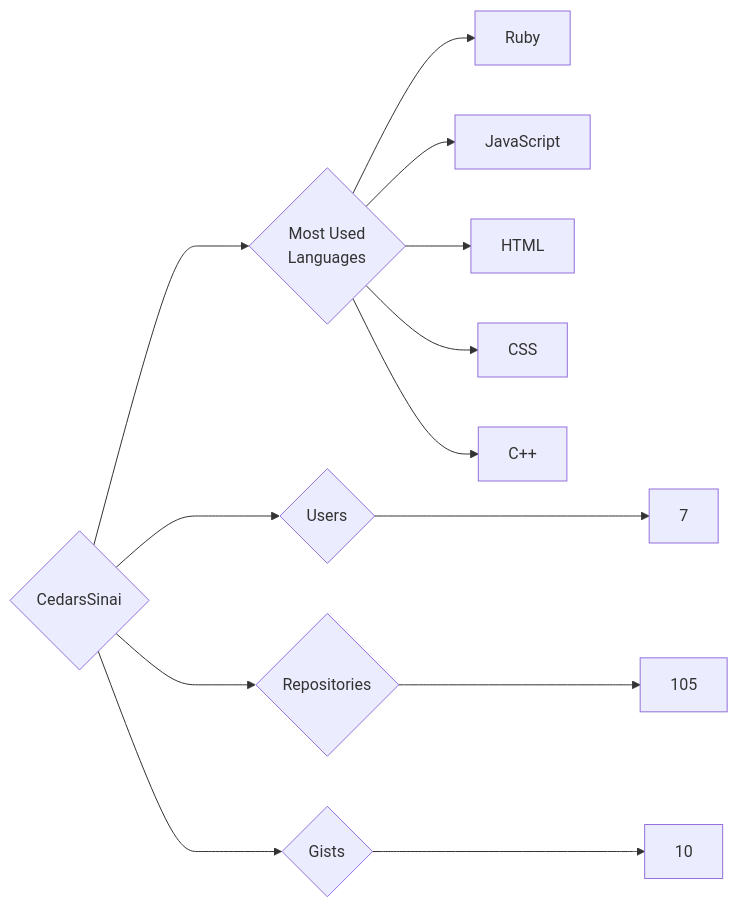
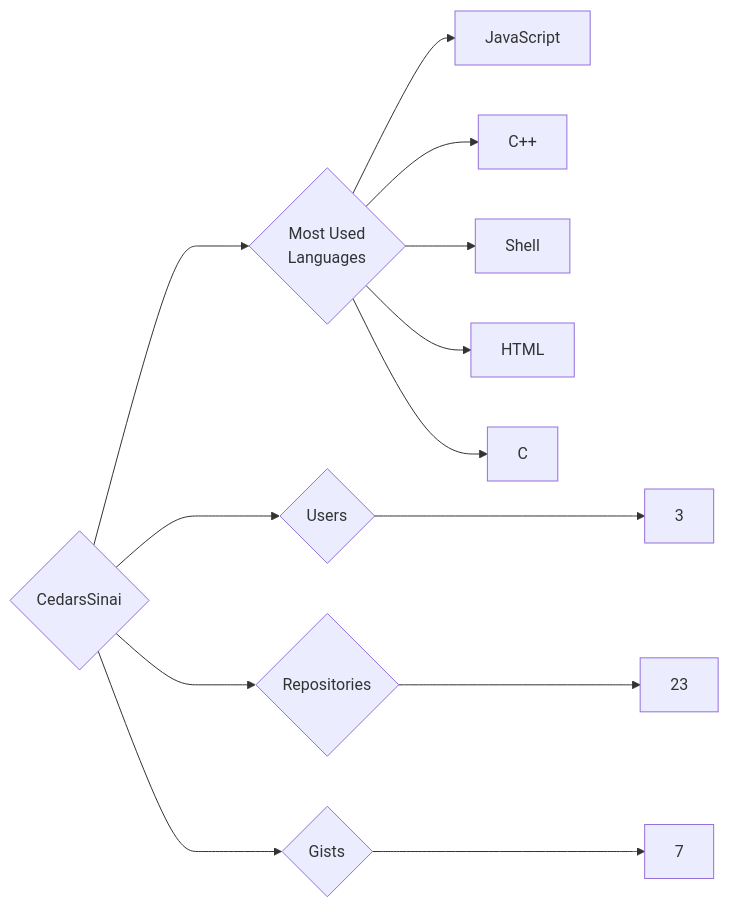
Before and after one commit to trickest/insiders: the diagram in targets/CedarsSinai/README.md, drawn with Mermaid. The commit also changed 618 other files, not shown here.

````diff
--- a/targets/CedarsSinai/README.md
+++ b/targets/CedarsSinai/README.md
@@ -3,13 +3,13 @@
 ```mermaid
 graph LR
 COMPANY_NAME{CedarsSinai}
-COMPANY_NAME ---> U{Users} ---> UN[7]
-COMPANY_NAME ---> R{Repositories} ---> RN[105]
-COMPANY_NAME ---> G{Gists} ---> GN[10]
+COMPANY_NAME ---> U{Users} ---> UN[3]
+COMPANY_NAME ---> R{Repositories} ---> RN[23]
+COMPANY_NAME ---> G{Gists} ---> GN[7]
 COMPANY_NAME ---> ML{Most Used<br>Languages}
-ML --> Ruby[Ruby]
 ML --> JavaScript[JavaScript]
+ML --> C++[C++]
+ML --> Shell[Shell]
 ML --> HTML[HTML]
-ML --> CSS[CSS]
-ML --> C++[C++]
+ML --> C[C]
 ```
````
